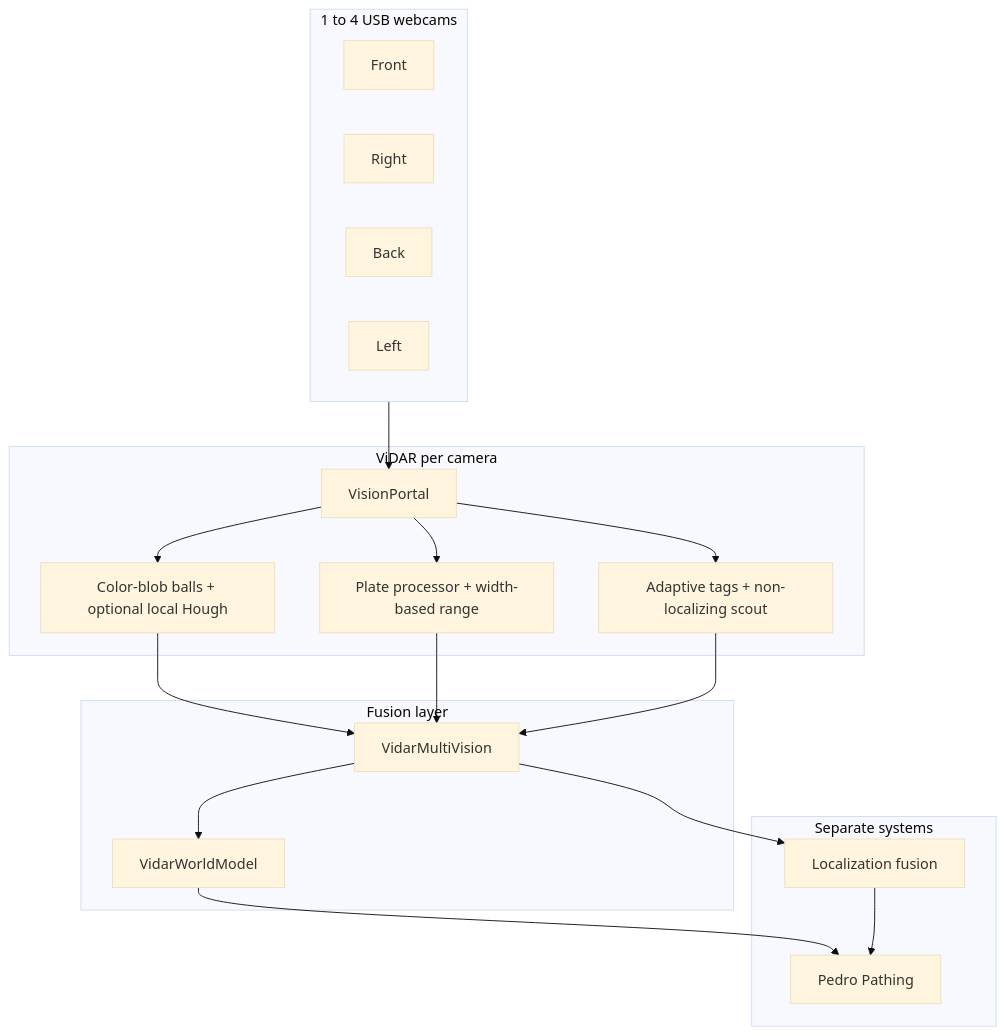
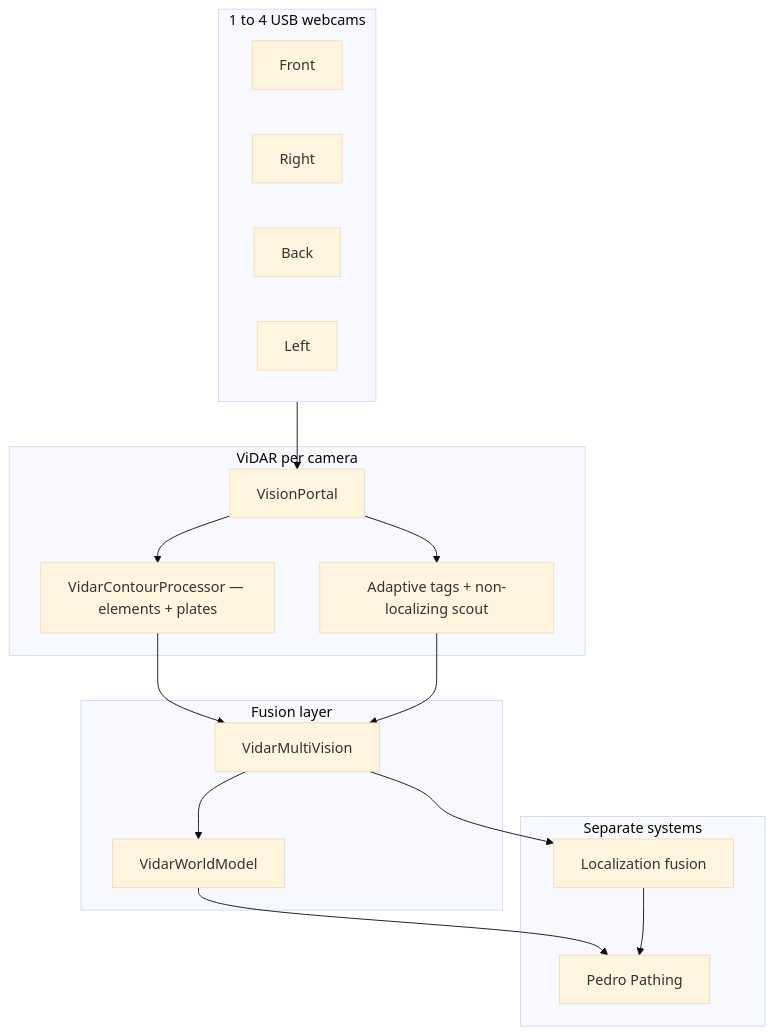
The diagram in docs/ROADMAP.md (The-Allsparks/ViDAR), drawn with Mermaid (base theme) before and after one commit. The commit also changed other lines of this file and 133 other files, not shown here.

First line of the commit message:
Unify element detection around contour processor and JSON season config.

````diff
--- a/docs/ROADMAP.md
+++ b/docs/ROADMAP.md
@@ -7,38 +7,35 @@
 ```mermaid
 flowchart TB
   subgraph cameras [1 to 4 USB webcams]
     C1[Front]
     C2[Right]
     C3[Back]
     C4[Left]
   end
 
   subgraph vidar [ViDAR per camera]
     VP[VisionPortal]
-    Balls[Color-blob balls + optional local Hough]
-    Plates[Plate processor + width-based range]
+    CP[VidarContourProcessor — elements + plates]
     Tags[Adaptive tags + non-localizing scout]
   end
 
   subgraph fuse [Fusion layer]
     MV[VidarMultiVision]
     WM[VidarWorldModel]
   end
 
   subgraph future [Separate systems]
     LOC[Localization fusion]
     PED[Pedro Pathing]
   end
 
   cameras --> VP
-  VP --> Balls
-  VP --> Plates
+  VP --> CP
   VP --> Tags
-  Balls --> MV
-  Plates --> MV
+  CP --> MV
   Tags --> MV
   MV --> WM
   MV --> LOC
   WM --> PED
   LOC --> PED
 ```
````
